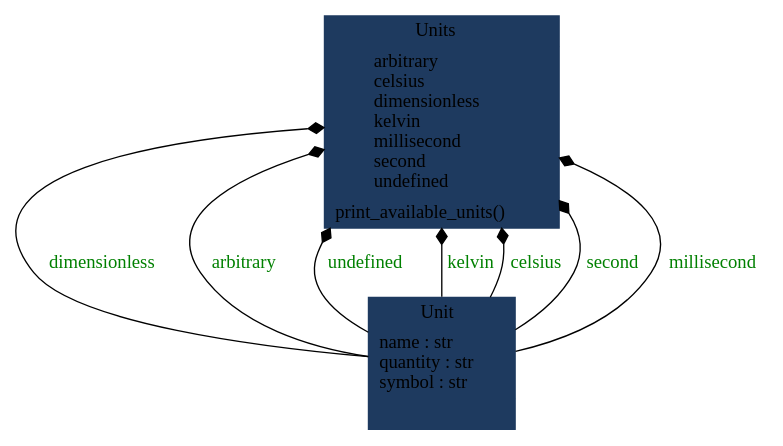
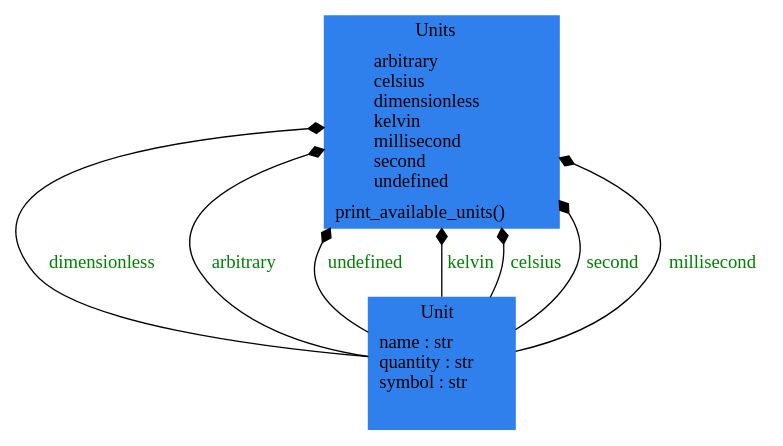
Before and after one commit to voidsy-gmbh/pyThermoNDT: the diagram in docs/pyreverse/classes_pythermondt.data.units.gv, drawn with Graphviz. The commit also changed 25 other files, not shown here.

Commit message:
Update pyreverse diagrams

```diff
--- a/docs/pyreverse/classes_pythermondt.data.units.gv
+++ b/docs/pyreverse/classes_pythermondt.data.units.gv
@@ -1,13 +1,13 @@
 digraph "classes_pythermondt.data.units" {
 rankdir=BT
 charset="utf-8"
-"pythermondt.data.units._unit.Unit" [color="#1E3A5F", fontcolor="black", label=<{Unit|name : str<br ALIGN="LEFT"/>quantity : str<br ALIGN="LEFT"/>symbol : str<br ALIGN="LEFT"/>|}>, shape="record", style="filled"];
-"pythermondt.data.units.units.Units" [color="#1E3A5F", fontcolor="black", label=<{Units|arbitrary<br ALIGN="LEFT"/>celsius<br ALIGN="LEFT"/>dimensionless<br ALIGN="LEFT"/>kelvin<br ALIGN="LEFT"/>millisecond<br ALIGN="LEFT"/>second<br ALIGN="LEFT"/>undefined<br ALIGN="LEFT"/>|print_available_units()<br ALIGN="LEFT"/>}>, shape="record", style="filled"];
+"pythermondt.data.units._unit.Unit" [color="#2F80ED", fontcolor="black", label=<{Unit|name : str<br ALIGN="LEFT"/>quantity : str<br ALIGN="LEFT"/>symbol : str<br ALIGN="LEFT"/>|}>, shape="record", style="filled"];
+"pythermondt.data.units.units.Units" [color="#2F80ED", fontcolor="black", label=<{Units|arbitrary<br ALIGN="LEFT"/>celsius<br ALIGN="LEFT"/>dimensionless<br ALIGN="LEFT"/>kelvin<br ALIGN="LEFT"/>millisecond<br ALIGN="LEFT"/>second<br ALIGN="LEFT"/>undefined<br ALIGN="LEFT"/>|print_available_units()<br ALIGN="LEFT"/>}>, shape="record", style="filled"];
 "pythermondt.data.units._unit.Unit" -> "pythermondt.data.units.units.Units" [arrowhead="diamond", arrowtail="none", fontcolor="green", label="dimensionless", style="solid"];
 "pythermondt.data.units._unit.Unit" -> "pythermondt.data.units.units.Units" [arrowhead="diamond", arrowtail="none", fontcolor="green", label="arbitrary", style="solid"];
 "pythermondt.data.units._unit.Unit" -> "pythermondt.data.units.units.Units" [arrowhead="diamond", arrowtail="none", fontcolor="green", label="undefined", style="solid"];
 "pythermondt.data.units._unit.Unit" -> "pythermondt.data.units.units.Units" [arrowhead="diamond", arrowtail="none", fontcolor="green", label="kelvin", style="solid"];
 "pythermondt.data.units._unit.Unit" -> "pythermondt.data.units.units.Units" [arrowhead="diamond", arrowtail="none", fontcolor="green", label="celsius", style="solid"];
 "pythermondt.data.units._unit.Unit" -> "pythermondt.data.units.units.Units" [arrowhead="diamond", arrowtail="none", fontcolor="green", label="second", style="solid"];
 "pythermondt.data.units._unit.Unit" -> "pythermondt.data.units.units.Units" [arrowhead="diamond", arrowtail="none", fontcolor="green", label="millisecond", style="solid"];
 }
```
